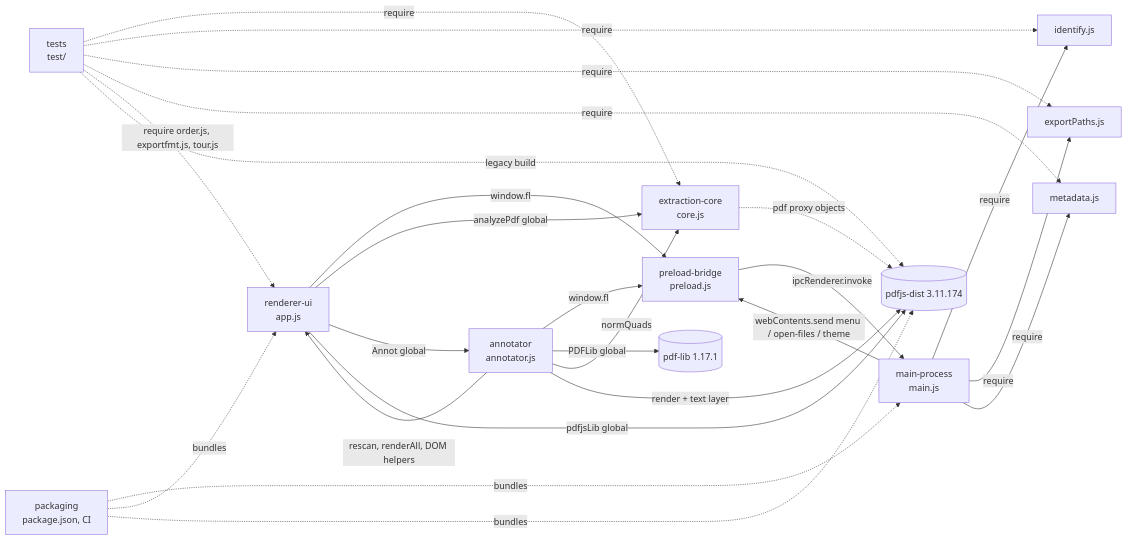
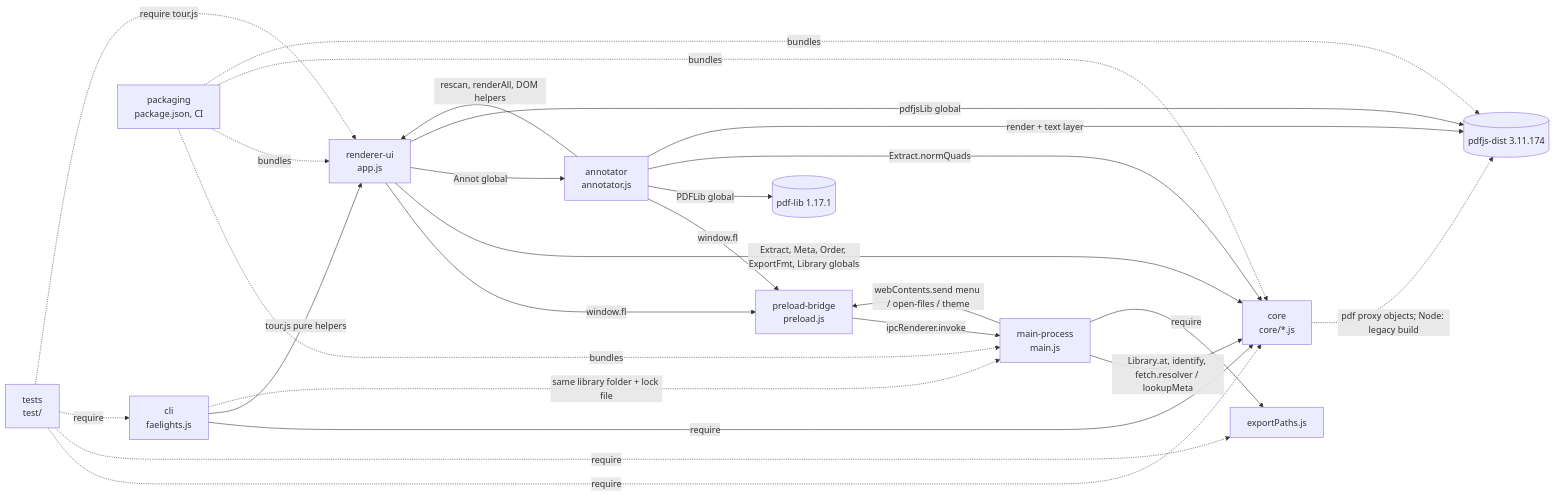
One commit to Lefarious/Faelights changed the diagram in docs/atlas/ATLAS.md. Above: the diagram before and after it, drawn with Mermaid. The commit also changed other lines of this file and 10 other files, not shown here.

First line of the commit message:
docs: headless core and CLI in atlas and compass (F-023, F-024, D-016, D-017)

````diff
--- a/docs/atlas/ATLAS.md
+++ b/docs/atlas/ATLAS.md
@@ -23,22 +24,23 @@
 ```mermaid
 graph LR
   UI[renderer-ui<br/>app.js] -->|window.fl| PRE[preload-bridge<br/>preload.js]
   PRE -->|ipcRenderer.invoke| MAIN[main-process<br/>main.js]
   MAIN -->|webContents.send menu / open-files / theme| PRE
-  UI -->|analyzePdf global| CORE[extraction-core<br/>core.js]
+  UI -->|Extract, Meta, Order, ExportFmt, Library globals| CORE[core<br/>core/*.js]
   UI -->|Annot global| ANN[annotator<br/>annotator.js]
   ANN -->|rescan, renderAll, DOM helpers| UI
   ANN -->|window.fl| PRE
   ANN -->|PDFLib global| PDFLIB[(pdf-lib 1.17.1)]
-  ANN -->|normQuads| CORE
+  ANN -->|Extract.normQuads| CORE
   ANN -->|render + text layer| PDFJS
   UI -->|pdfjsLib global| PDFJS[(pdfjs-dist 3.11.174)]
-  CORE -.->|pdf proxy objects| PDFJS
-  MAIN -->|require| ID[identify.js]
+  CORE -.->|pdf proxy objects; Node: legacy build| PDFJS
+  MAIN -->|Library.at, identify, fetch.resolver / lookupMeta| CORE
   MAIN -->|require| EP[exportPaths.js]
-  MAIN -->|require| MD[metadata.js]
-  TEST[tests<br/>test/] -.->|require| CORE & ID & EP & MD
-  TEST -.->|require order.js, exportfmt.js, tour.js| UI
-  TEST -.->|legacy build| PDFJS
-  PKG[packaging<br/>package.json, CI] -.->|bundles| MAIN & UI & PDFJS
+  CLI[cli<br/>faelights.js] -->|require| CORE
+  CLI -->|tour.js pure helpers| UI
+  CLI -.->|same library folder + lock file| MAIN
+  TEST[tests<br/>test/] -.->|require| CORE & EP & CLI
+  TEST -.->|require tour.js| UI
+  PKG[packaging<br/>package.json, CI] -.->|bundles| MAIN & UI & CORE & PDFJS
 ```
````
